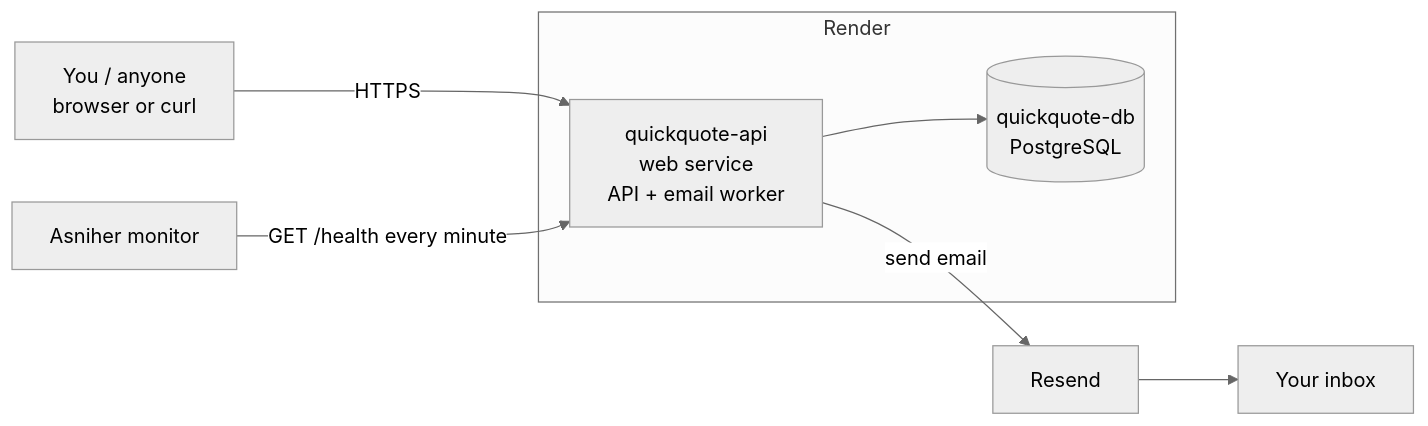
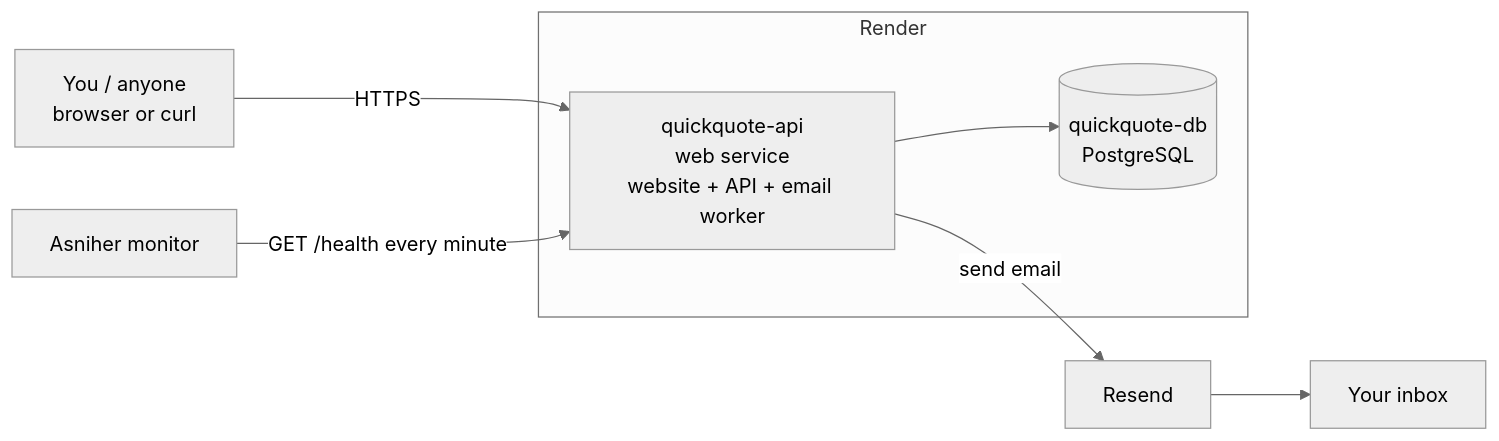
Before and after one commit to onurshaqiridev-maker/QuickQuote: the diagram in docs/DEPLOYMENT.md, drawn with Mermaid (neutral theme). The commit also changed other lines of this file and 1 other file, not shown here.

````diff
--- a/docs/DEPLOYMENT.md
+++ b/docs/DEPLOYMENT.md
@@ -11,12 +11,12 @@
 ```mermaid
 flowchart LR
     YOU["You / anyone<br/>browser or curl"] -->|"HTTPS"| WEB
     ASN["Asniher monitor"] -->|"GET /health every minute"| WEB
     subgraph RENDER["Render"]
-        WEB["quickquote-api<br/>web service<br/>API + email worker"]
+        WEB["quickquote-api<br/>web service<br/>website + API + email worker"]
         DB[("quickquote-db<br/>PostgreSQL")]
         WEB --> DB
     end
     WEB -->|"send email"| RES["Resend"]
     RES --> INBOX["Your inbox"]
 ```
````
